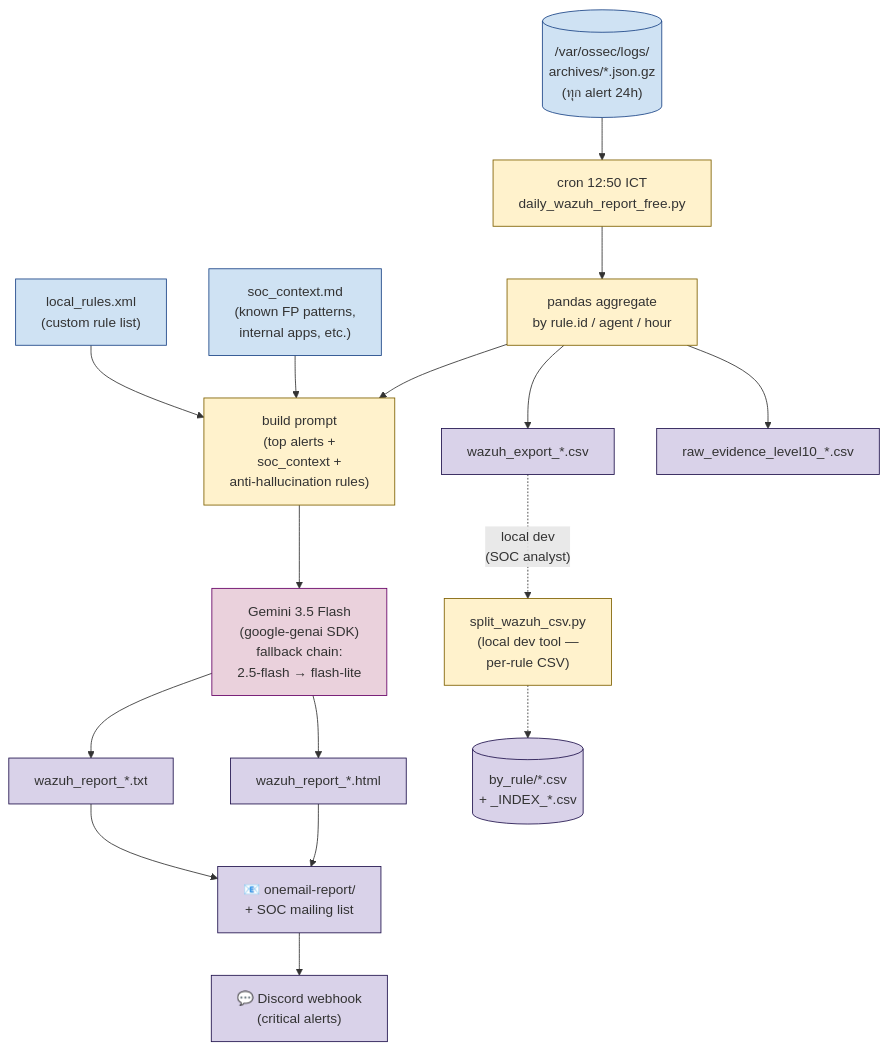
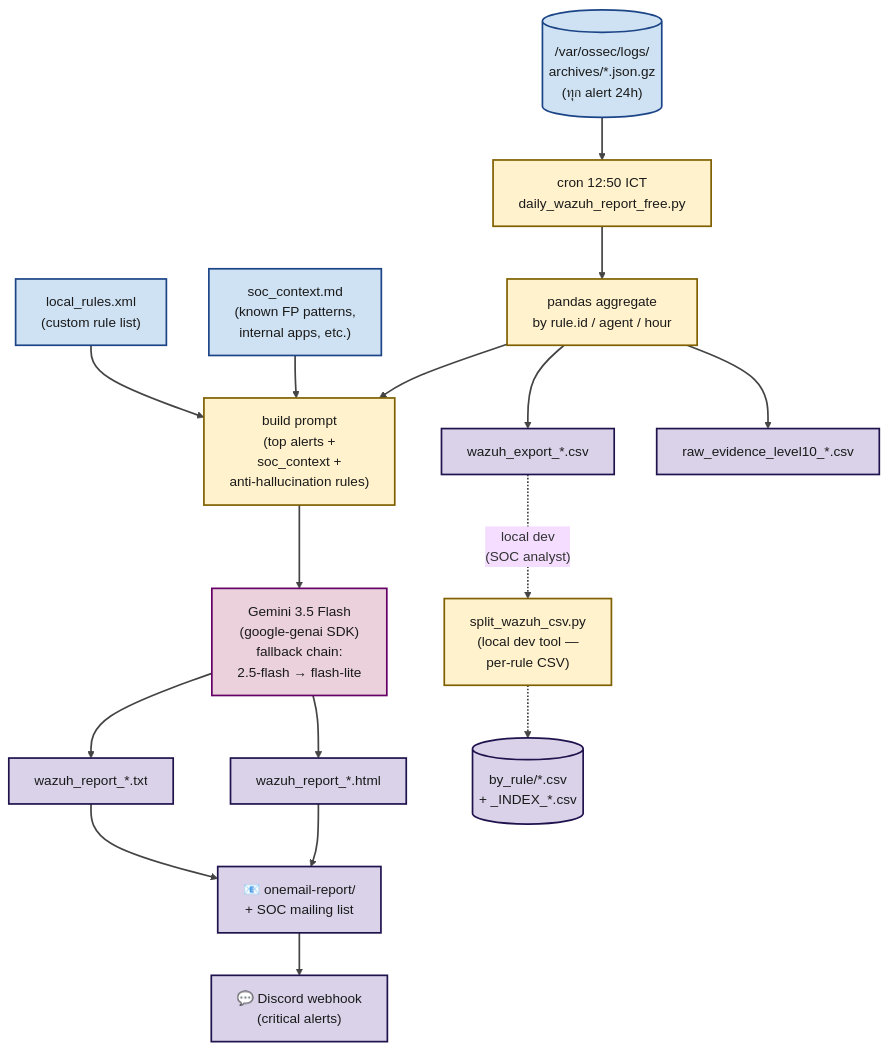
The fifth of 6 diagrams in diagram-project/architecture.md (nawin2535/MISP), drawn with Mermaid before and after one commit. The commit also changed other lines of this file, not shown here.

First line of the commit message:
update3jun2569 docs(diagram): add full SOAR architecture in mermaid

````diff
--- a/diagram-project/architecture.md
+++ b/diagram-project/architecture.md
@@ -274,42 +270,45 @@
 ```mermaid
+%%{init: {'theme':'base', 'themeVariables': {'lineColor':'#2c2c2c'}}}%%
 flowchart TD
-    classDef src fill:#cfe2f3,stroke:#1c4587
-    classDef proc fill:#fff2cc,stroke:#7f6000
-    classDef ai fill:#ead1dc,stroke:#660066
-    classDef out fill:#d9d2e9,stroke:#20124d
+    classDef src fill:#cfe2f3,stroke:#1c4587,stroke-width:2px,color:#1a1a1a
+    classDef proc fill:#fff2cc,stroke:#7f6000,stroke-width:2px,color:#1a1a1a
+    classDef ai fill:#ead1dc,stroke:#660066,stroke-width:2px,color:#1a1a1a
+    classDef out fill:#d9d2e9,stroke:#20124d,stroke-width:2px,color:#1a1a1a
 
     Archives[("/var/ossec/logs/<br/>archives/*.json.gz<br/>(ทุก alert 24h)")]:::src
     SocCtx["soc_context.md<br/>(known FP patterns,<br/>internal apps, etc.)"]:::src
     LocalRules["local_rules.xml<br/>(custom rule list)"]:::src
 
     Cron["cron 12:50 ICT<br/>daily_wazuh_report_free.py"]:::proc
     PandasAgg["pandas aggregate<br/>by rule.id / agent / hour"]:::proc
     SplitCSV["split_wazuh_csv.py<br/>(local dev tool —<br/>per-rule CSV)"]:::proc
     AIPrompt["build prompt<br/>(top alerts +<br/>soc_context +<br/>anti-hallucination rules)"]:::proc
 
     Gemini["Gemini 3.5 Flash<br/>(google-genai SDK)<br/>fallback chain:<br/>2.5-flash → flash-lite"]:::ai
 
     HTMLReport["wazuh_report_*.html"]:::out
     TxtReport["wazuh_report_*.txt"]:::out
     RawCSV["wazuh_export_*.csv"]:::out
     LevelCSV["raw_evidence_level10_*.csv"]:::out
     Email["📧 onemail-report/<br/>+ SOC mailing list"]:::out
     Discord["💬 Discord webhook<br/>(critical alerts)"]:::out
 
     Archives --> Cron
     Cron --> PandasAgg
     PandasAgg --> RawCSV
     PandasAgg --> LevelCSV
     PandasAgg --> AIPrompt
     SocCtx --> AIPrompt
     LocalRules --> AIPrompt
     AIPrompt --> Gemini
     Gemini --> HTMLReport
     Gemini --> TxtReport
     HTMLReport --> Email
     TxtReport --> Email
     Email --> Discord
 
     RawCSV -.->|"local dev<br/>(SOC analyst)"| SplitCSV
     SplitCSV -.-> PerRule[("by_rule/*.csv<br/>+ _INDEX_*.csv")]:::out
+
+    linkStyle default stroke:#444444,stroke-width:2px
 ```
````
